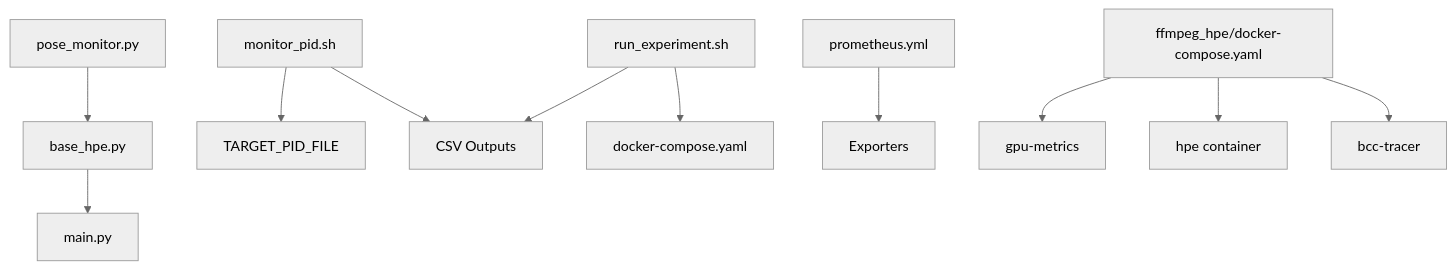
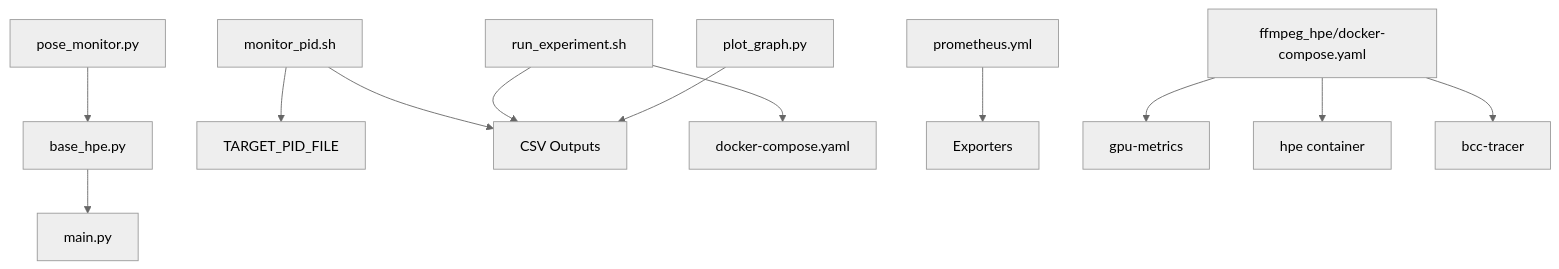
The tenth of 10 diagrams in .qoder/repowiki/en/content/Monitoring and Analytics/Monitoring and Analytics.md (Fogus-Gr/MeasurementsDTs), drawn with Mermaid (neutral theme) before and after one commit. The commit also changed other lines of this file and 9 other files, not shown here.

````diff
--- a/.qoder/repowiki/en/content/Monitoring and Analytics/Monitoring and Analytics.md
+++ b/.qoder/repowiki/en/content/Monitoring and Analytics/Monitoring and Analytics.md
@@ -391,13 +430,14 @@
 ```mermaid
 graph TB
 PM["pose_monitor.py"] --> BH["base_hpe.py"]
 BH --> MF["main.py"]
 MP["monitor_pid.sh"] --> PIDF["TARGET_PID_FILE"]
 MP --> CSV["CSV Outputs"]
 RE["run_experiment.sh"] --> DC["docker-compose.yaml"]
 RE --> CSV
 PR["prometheus.yml"] --> EXP["Exporters"]
 FH["ffmpeg_hpe/docker-compose.yaml"] --> GM["gpu-metrics"]
 FH --> HPE["hpe container"]
 FH --> TR["bcc-tracer"]
+PG["plot_graph.py"] --> CSV
 ```
````
